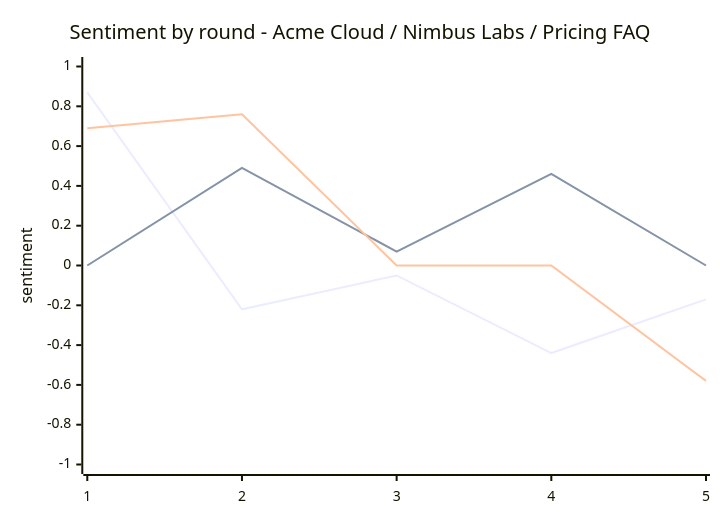
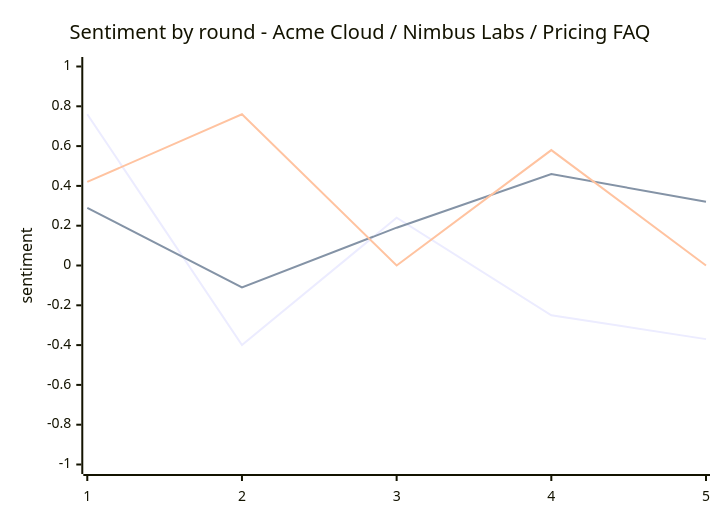
Before and after one commit to Ratz00007/murmur-mcp: the first of 3 diagrams in murmur-demo/.murmur/reports/pricing-reaction/report-1.md, drawn with Mermaid. The commit also changed other lines of this file and 10 other files, not shown here.

````diff
--- a/murmur-demo/.murmur/reports/pricing-reaction/report-1.md
+++ b/murmur-demo/.murmur/reports/pricing-reaction/report-1.md
@@ -75,9 +75,9 @@
 ```mermaid
 xychart-beta
     title "Sentiment by round - Acme Cloud / Nimbus Labs / Pricing FAQ"
     x-axis [1, 2, 3, 4, 5]
     y-axis "sentiment" -1 --> 1
-    line [0.87, -0.22, -0.05, -0.44, -0.17]
-    line [0.00, 0.49, 0.07, 0.46, 0]
-    line [0.69, 0.76, 0, 0, -0.58]
+    line [0.76, -0.40, 0.24, -0.25, -0.37]
+    line [0.29, -0.11, 0.19, 0.46, 0.32]
+    line [0.42, 0.76, 0, 0.58, 0]
 ```
````
